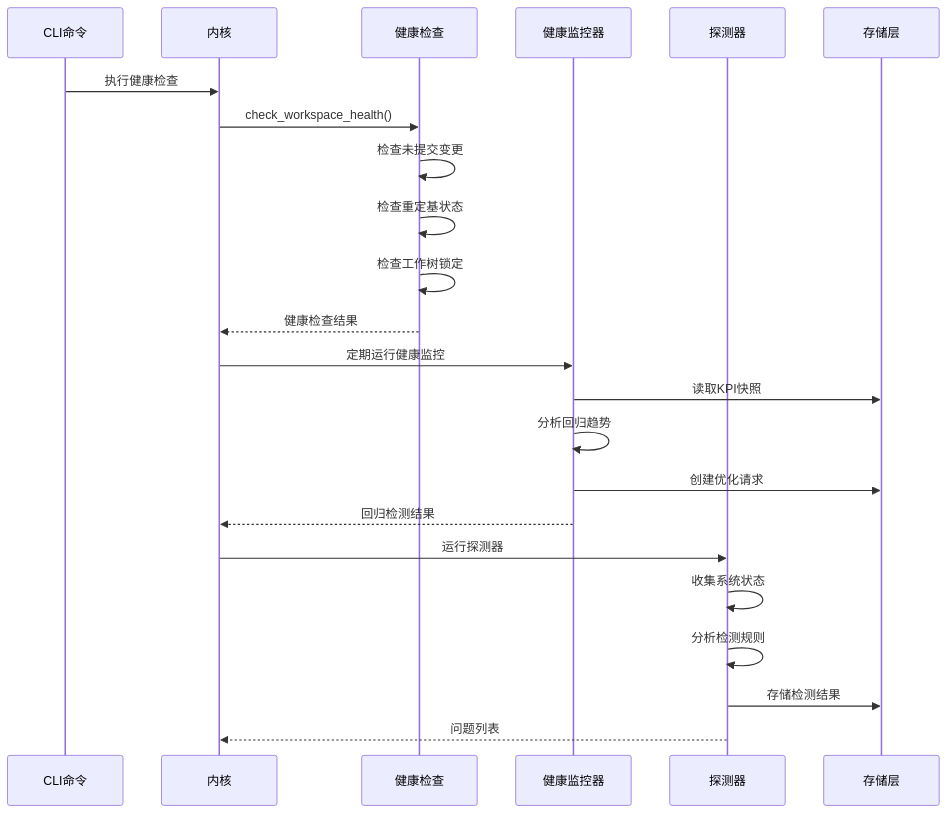
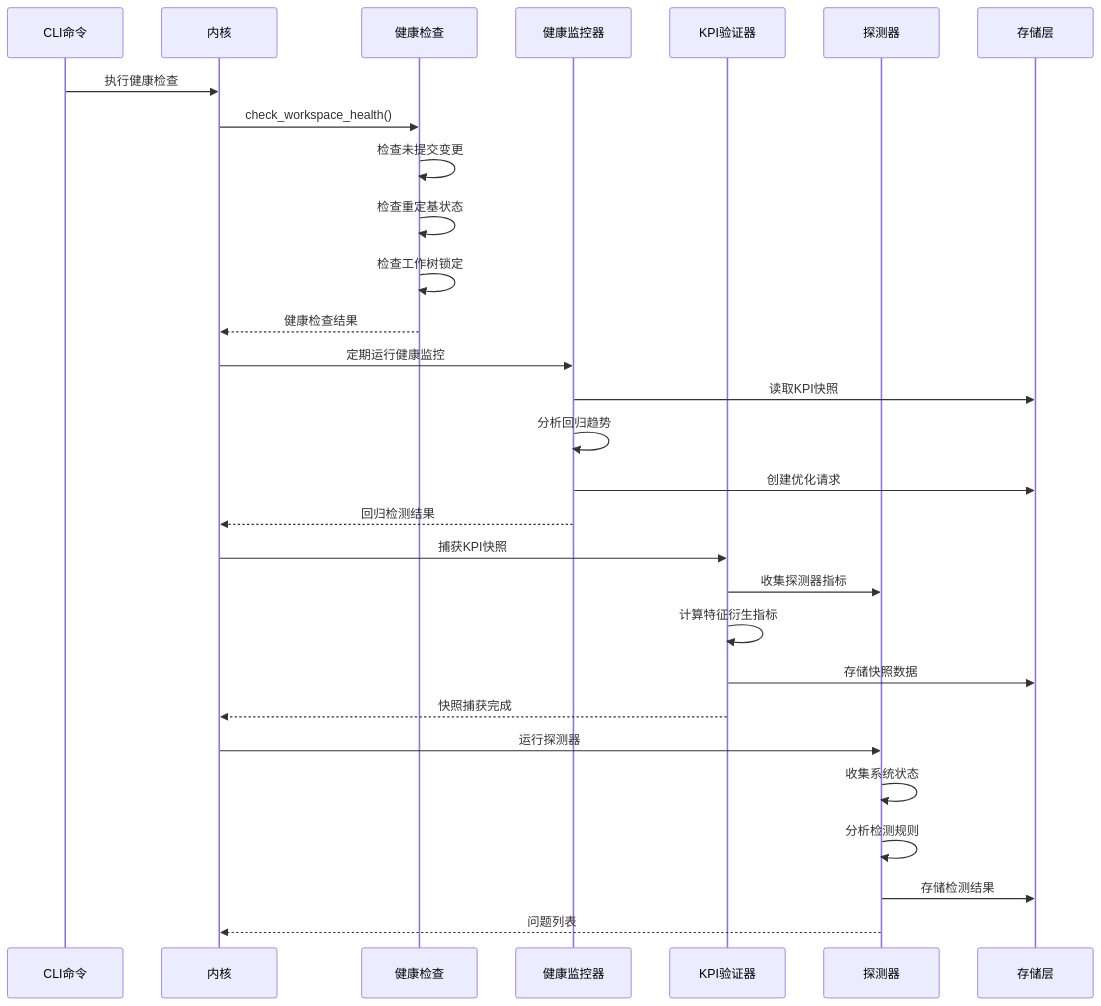
The second of 9 diagrams in .qoder/repowiki/zh/content/技术实现参考/工作区健康检查系统.md (pinsonchen/vivify), drawn with Mermaid before and after one commit. The commit also changed other lines of this file and 22 other files, not shown here.

````diff
--- a/.qoder/repowiki/zh/content/技术实现参考/工作区健康检查系统.md
+++ b/.qoder/repowiki/zh/content/技术实现参考/工作区健康检查系统.md
@@ -120,25 +161,31 @@
 ```mermaid
 sequenceDiagram
 participant CLI as CLI命令
 participant Kernel as 内核
 participant Health as 健康检查
 participant Monitor as 健康监控器
+participant KPI as KPI验证器
 participant Probes as 探测器
 participant Storage as 存储层
 CLI->>Kernel : 执行健康检查
 Kernel->>Health : check_workspace_health()
 Health->>Health : 检查未提交变更
 Health->>Health : 检查重定基状态
 Health->>Health : 检查工作树锁定
 Health-->>Kernel : 健康检查结果
 Kernel->>Monitor : 定期运行健康监控
 Monitor->>Storage : 读取KPI快照
 Monitor->>Monitor : 分析回归趋势
 Monitor->>Storage : 创建优化请求
 Monitor-->>Kernel : 回归检测结果
+Kernel->>KPI : 捕获KPI快照
+KPI->>Probes : 收集探测器指标
+KPI->>KPI : 计算特征衍生指标
+KPI->>Storage : 存储快照数据
+KPI-->>Kernel : 快照捕获完成
 Kernel->>Probes : 运行探测器
 Probes->>Probes : 收集系统状态
 Probes->>Probes : 分析检测规则
 Probes->>Storage : 存储检测结果
 Probes-->>Kernel : 问题列表
 ```
````
